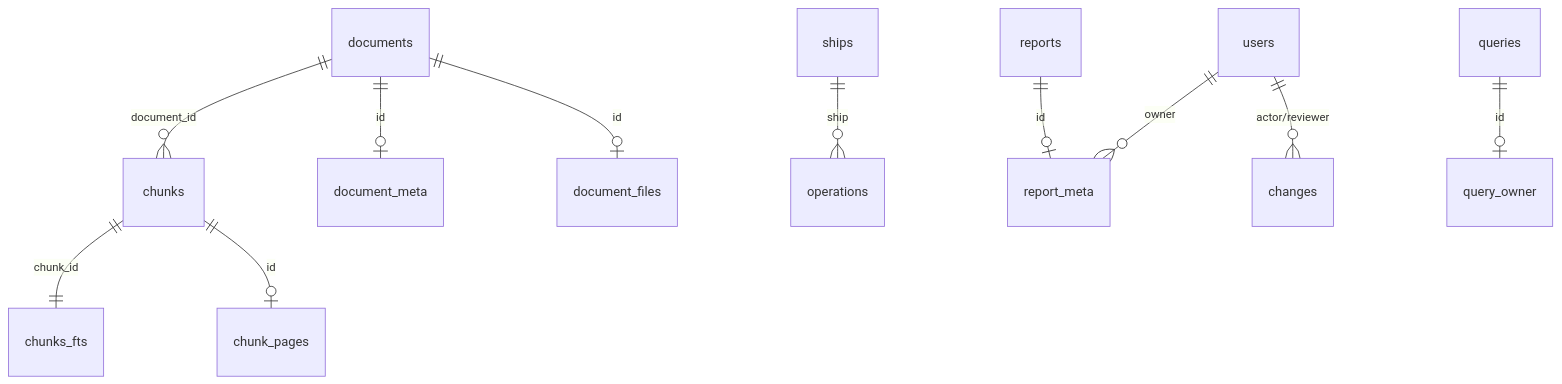
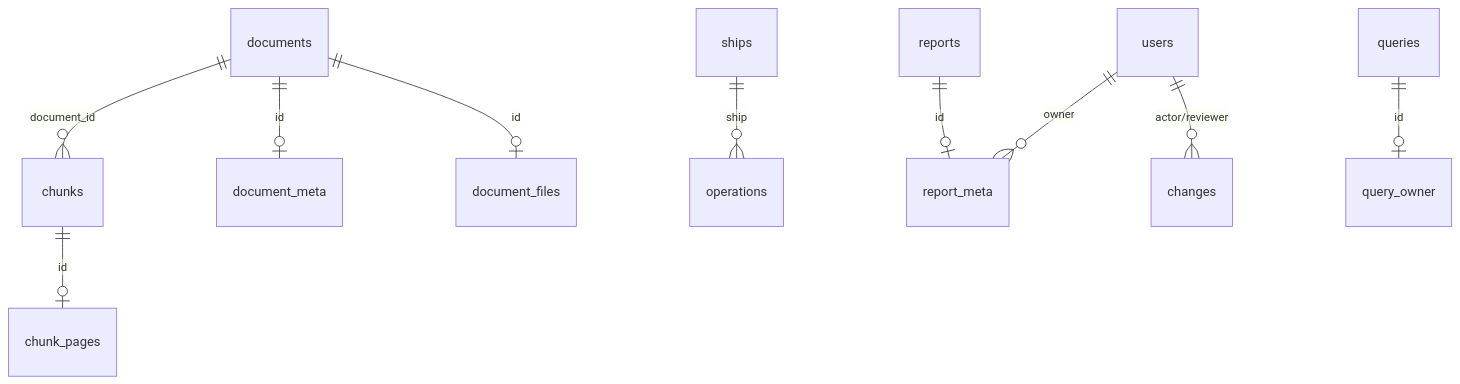
One commit to JongmuLee/sea-the-answer changed the first of 2 diagrams in docs/data-model.md. Above: the diagram before and after it, drawn with Mermaid. The commit also changed other lines of this file and 15 other files, not shown here.

````diff
--- a/docs/data-model.md
+++ b/docs/data-model.md
@@ -16,13 +13,12 @@
 ```mermaid
 erDiagram
   documents ||--o{ chunks : "document_id"
-  chunks ||--|| chunks_fts : "chunk_id"
   chunks ||--o| chunk_pages : "id"
   documents ||--o| document_meta : "id"
   documents ||--o| document_files : "id"
   ships ||--o{ operations : "ship"
   reports ||--o| report_meta : "id"
   users ||--o{ report_meta : "owner"
   queries ||--o| query_owner : "id"
   users ||--o{ changes : "actor/reviewer"
 ```
````
